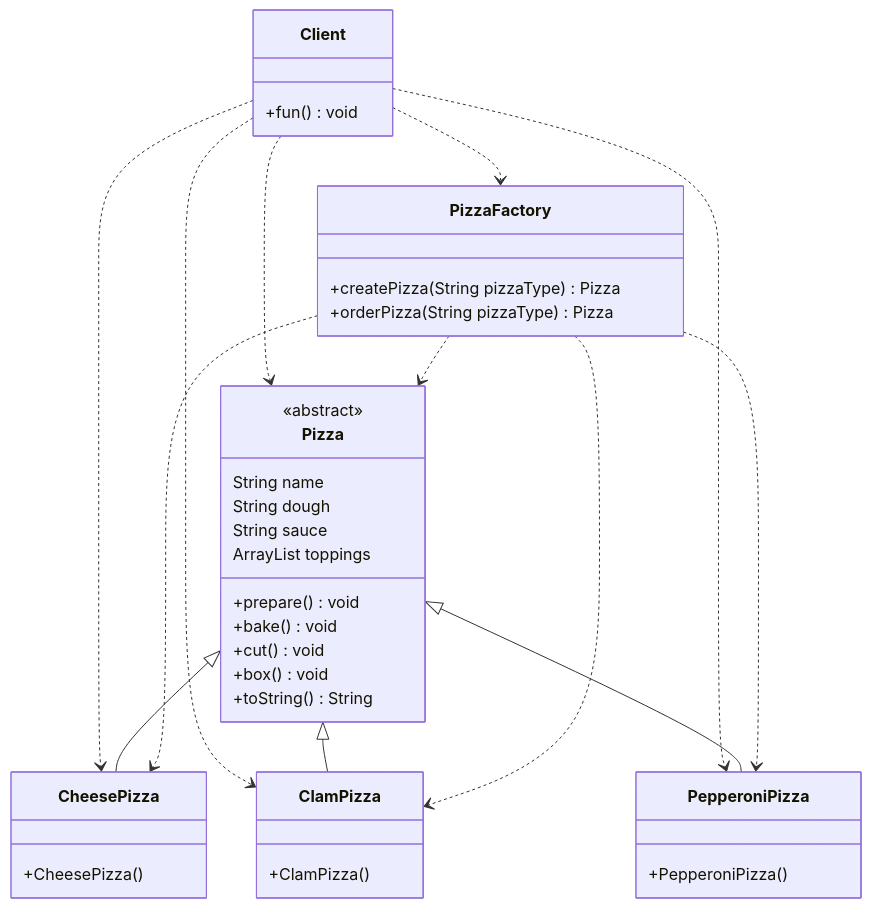
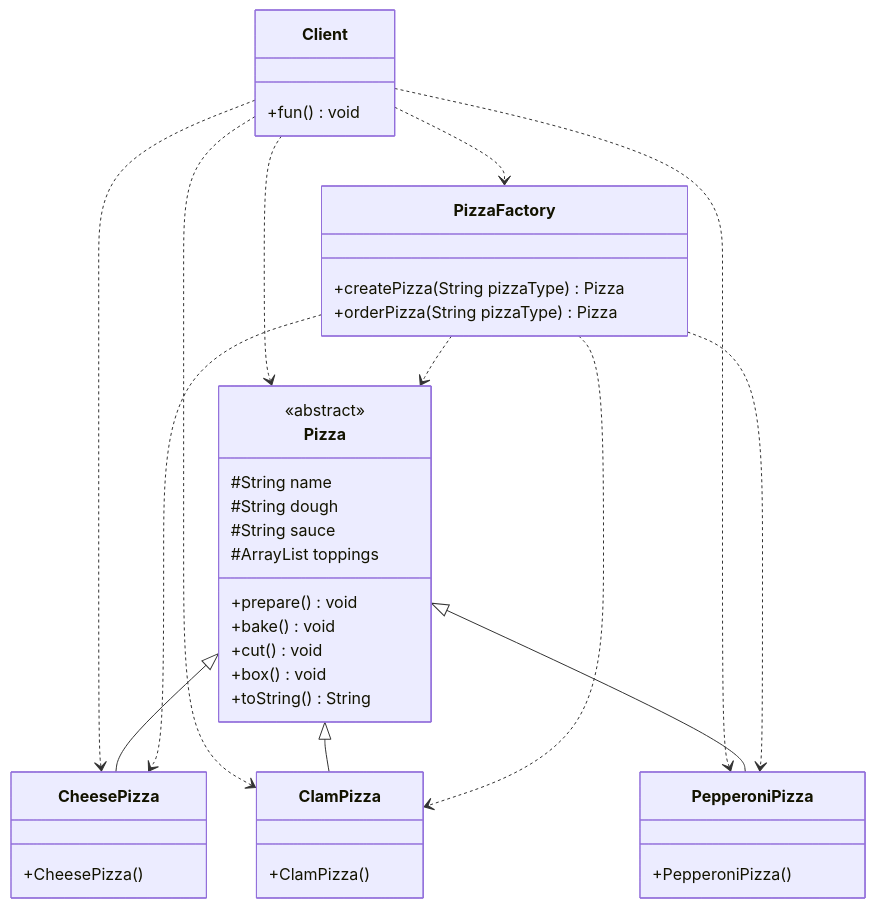
One commit to lingwh1995/books changed diagram 16 of 18 in general/designpattern/designpattern-java/designpattern-java.md. Above: the diagram before and after it, drawn with Mermaid. The commit also changed other lines of this file, not shown here.

````diff
--- a/general/designpattern/designpattern-java/designpattern-java.md
+++ b/general/designpattern/designpattern-java/designpattern-java.md
@@ -823,43 +823,43 @@
 ```mermaid
 classDiagram
     Client ..> PizzaFactory
     Client ..> Pizza
     Client ..> CheesePizza
     Client ..> ClamPizza
     Client ..> PepperoniPizza
     Pizza <|-- CheesePizza
     Pizza <|-- ClamPizza
     Pizza <|-- PepperoniPizza
     PizzaFactory ..> Pizza
     PizzaFactory ..> CheesePizza
     PizzaFactory ..> ClamPizza
     PizzaFactory ..> PepperoniPizza
     class Pizza {
-        String name
-	    String dough
-	    String sauce
-	    ArrayList<String> toppings
+        #String name
+	    #String dough
+	    #String sauce
+	    #ArrayList<String> toppings
 	    +prepare() void
 	    +bake() void
 	    +cut() void
 	    +box() void
 	    +toString() String
     }
     class CheesePizza{
         +CheesePizza()
     }
     class ClamPizza{
         +ClamPizza()
     }
     class PepperoniPizza {
         +PepperoniPizza()
     }
     class PizzaFactory {
         +createPizza(String pizzaType) Pizza
         +orderPizza(String pizzaType) Pizza
     }
     class Client {
         +fun() void
     }
     <<abstract>> Pizza
 ```
````
